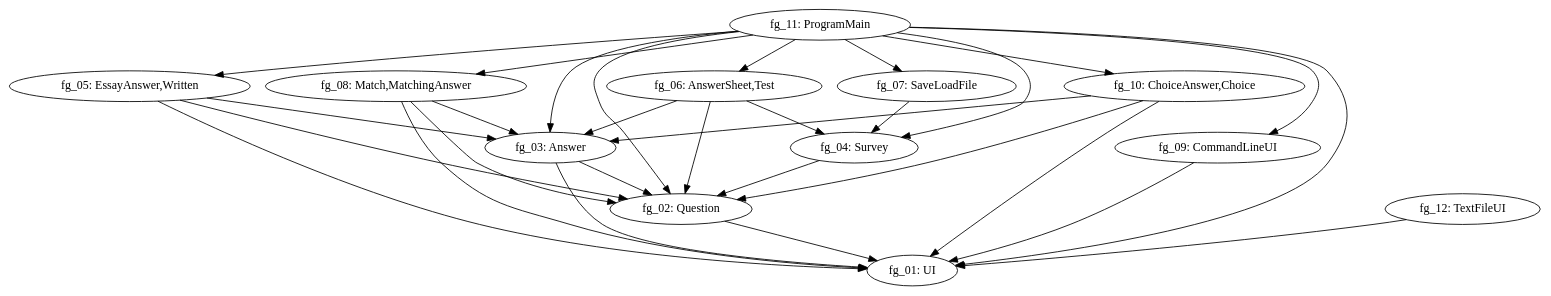
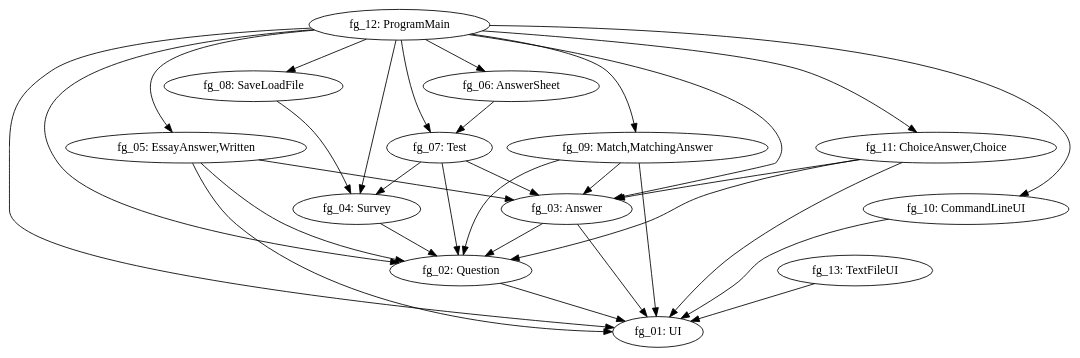
Before and after one commit to FrankHZFang/ArchData: the diagram in files/demo-design1/demo-design1_UH.dot, drawn with Graphviz. The commit also changed 4541 other files, not shown here.

```diff
--- a/files/demo-design1/demo-design1_UH.dot
+++ b/files/demo-design1/demo-design1_UH.dot
@@ -1,31 +1,33 @@
 digraph G { 
 "fg_02: Question" -> "fg_01: UI"; 
+"fg_03: Answer" -> "fg_02: Question"; 
 "fg_03: Answer" -> "fg_01: UI"; 
-"fg_03: Answer" -> "fg_02: Question"; 
 "fg_04: Survey" -> "fg_02: Question"; 
+"fg_05: EssayAnswer,Written" -> "fg_02: Question"; 
+"fg_05: EssayAnswer,Written" -> "fg_03: Answer"; 
 "fg_05: EssayAnswer,Written" -> "fg_01: UI"; 
-"fg_05: EssayAnswer,Written" -> "fg_03: Answer"; 
-"fg_05: EssayAnswer,Written" -> "fg_02: Question"; 
-"fg_06: AnswerSheet,Test" -> "fg_04: Survey"; 
-"fg_06: AnswerSheet,Test" -> "fg_03: Answer"; 
-"fg_06: AnswerSheet,Test" -> "fg_02: Question"; 
-"fg_07: SaveLoadFile" -> "fg_04: Survey"; 
-"fg_08: Match,MatchingAnswer" -> "fg_01: UI"; 
-"fg_08: Match,MatchingAnswer" -> "fg_03: Answer"; 
-"fg_08: Match,MatchingAnswer" -> "fg_02: Question"; 
-"fg_09: CommandLineUI" -> "fg_01: UI"; 
-"fg_10: ChoiceAnswer,Choice" -> "fg_01: UI"; 
-"fg_10: ChoiceAnswer,Choice" -> "fg_03: Answer"; 
-"fg_10: ChoiceAnswer,Choice" -> "fg_02: Question"; 
-"fg_11: ProgramMain" -> "fg_05: EssayAnswer,Written"; 
-"fg_11: ProgramMain" -> "fg_06: AnswerSheet,Test"; 
-"fg_11: ProgramMain" -> "fg_01: UI"; 
-"fg_11: ProgramMain" -> "fg_04: Survey"; 
-"fg_11: ProgramMain" -> "fg_10: ChoiceAnswer,Choice"; 
-"fg_11: ProgramMain" -> "fg_09: CommandLineUI"; 
-"fg_11: ProgramMain" -> "fg_07: SaveLoadFile"; 
-"fg_11: ProgramMain" -> "fg_03: Answer"; 
-"fg_11: ProgramMain" -> "fg_08: Match,MatchingAnswer"; 
-"fg_11: ProgramMain" -> "fg_02: Question"; 
-"fg_12: TextFileUI" -> "fg_01: UI"; 
+"fg_06: AnswerSheet" -> "fg_07: Test"; 
+"fg_07: Test" -> "fg_02: Question"; 
+"fg_07: Test" -> "fg_03: Answer"; 
+"fg_07: Test" -> "fg_04: Survey"; 
+"fg_08: SaveLoadFile" -> "fg_04: Survey"; 
+"fg_09: Match,MatchingAnswer" -> "fg_03: Answer"; 
+"fg_09: Match,MatchingAnswer" -> "fg_02: Question"; 
+"fg_09: Match,MatchingAnswer" -> "fg_01: UI"; 
+"fg_10: CommandLineUI" -> "fg_01: UI"; 
+"fg_11: ChoiceAnswer,Choice" -> "fg_03: Answer"; 
+"fg_11: ChoiceAnswer,Choice" -> "fg_02: Question"; 
+"fg_11: ChoiceAnswer,Choice" -> "fg_01: UI"; 
+"fg_12: ProgramMain" -> "fg_08: SaveLoadFile"; 
+"fg_12: ProgramMain" -> "fg_02: Question"; 
+"fg_12: ProgramMain" -> "fg_03: Answer"; 
+"fg_12: ProgramMain" -> "fg_01: UI"; 
+"fg_12: ProgramMain" -> "fg_09: Match,MatchingAnswer"; 
+"fg_12: ProgramMain" -> "fg_06: AnswerSheet"; 
+"fg_12: ProgramMain" -> "fg_04: Survey"; 
+"fg_12: ProgramMain" -> "fg_11: ChoiceAnswer,Choice"; 
+"fg_12: ProgramMain" -> "fg_05: EssayAnswer,Written"; 
+"fg_12: ProgramMain" -> "fg_10: CommandLineUI"; 
+"fg_12: ProgramMain" -> "fg_07: Test"; 
+"fg_13: TextFileUI" -> "fg_01: UI"; 
 }
```
